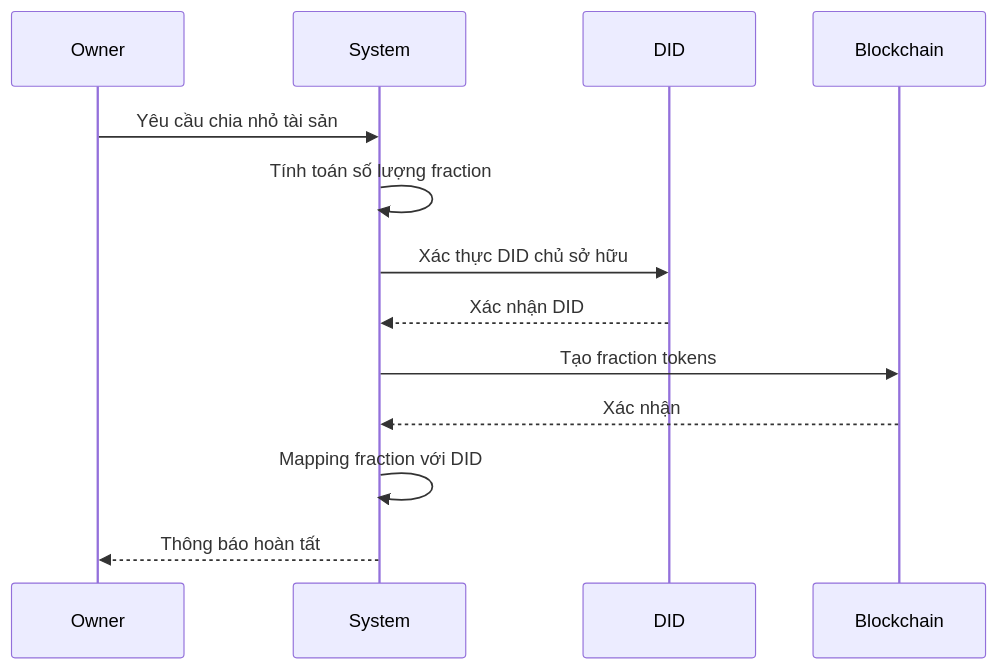
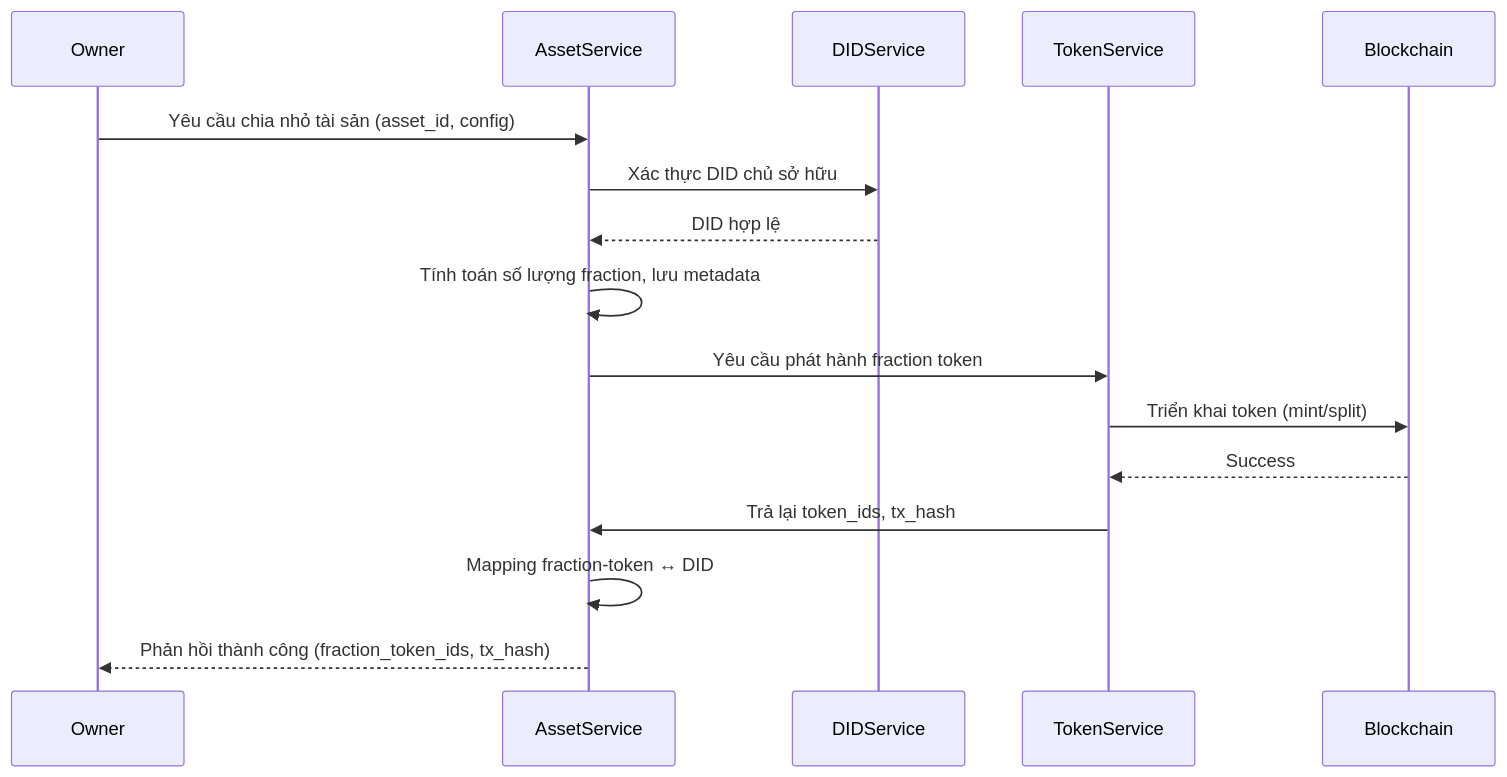
Before and after one commit to metafi-blockchain/metafi-digital-assets-service: the fifth of 8 diagrams in docs/rd.vi.md, drawn with Mermaid.

````diff
--- a/docs/rd.vi.md
+++ b/docs/rd.vi.md
@@ -333,16 +333,23 @@
 ```mermaid
 sequenceDiagram
     participant Owner
-    participant System
-    participant DID
+    participant AssetService
+    participant DIDService
+    participant TokenService
     participant Blockchain
-    
-    Owner->>System: Yêu cầu chia nhỏ tài sản
-    System->>System: Tính toán số lượng fraction
-    System->>DID: Xác thực DID chủ sở hữu
-    DID-->>System: Xác nhận DID
-    System->>Blockchain: Tạo fraction tokens
-    Blockchain-->>System: Xác nhận
-    System->>System: Mapping fraction với DID
-    System-->>Owner: Thông báo hoàn tất
+
+    Owner->>AssetService: Yêu cầu chia nhỏ tài sản (asset_id, config)
+    AssetService->>DIDService: Xác thực DID chủ sở hữu
+    DIDService-->>AssetService: DID hợp lệ
+
+    AssetService->>AssetService: Tính toán số lượng fraction, lưu metadata
+    AssetService->>TokenService: Yêu cầu phát hành fraction token
+
+    TokenService->>Blockchain: Triển khai token (mint/split)
+    Blockchain-->>TokenService: Success
+
+    TokenService->>AssetService: Trả lại token_ids, tx_hash
+    AssetService->>AssetService: Mapping fraction-token ↔ DID
+
+    AssetService-->>Owner: Phản hồi thành công (fraction_token_ids, tx_hash)
 ```
````
